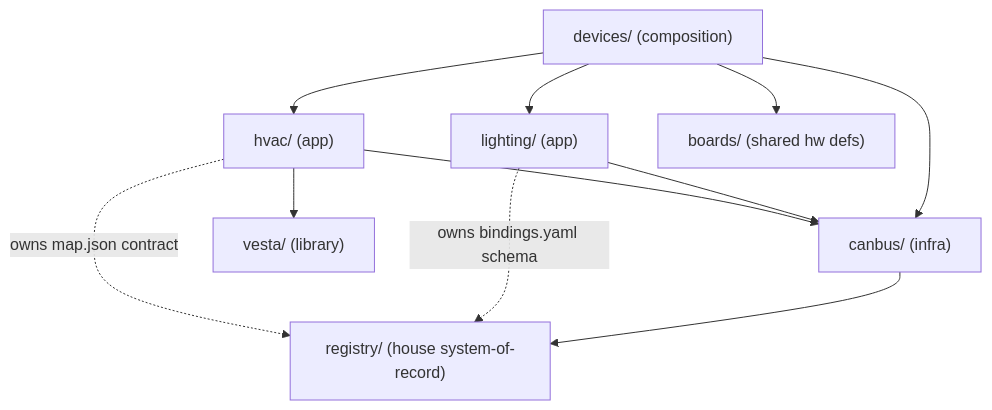
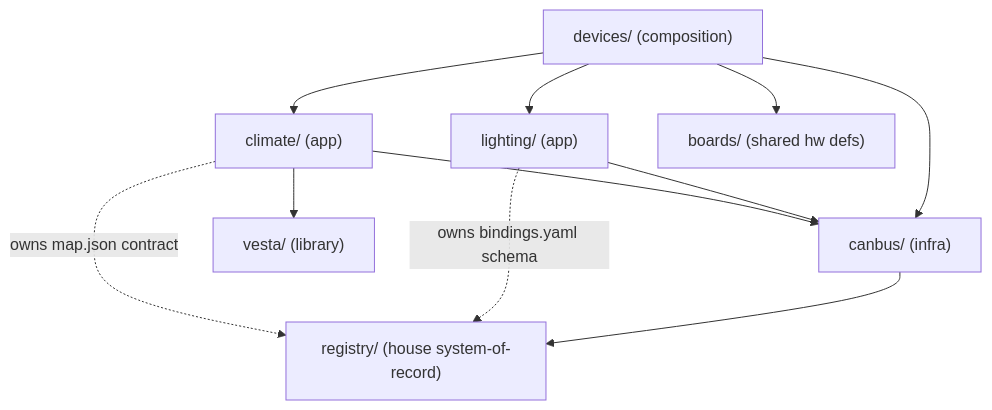
Before and after one commit to afmotta/esphome-devices: the diagram in _bmad-output/planning-artifacts/architecture/architecture-esphome-devices-2026-07-05/ARCHITECTURE-SPINE.md, drawn with Mermaid. The commit also changed other lines of this file and 96 other files, not shown here.

Commit message:
Rename hvac system to climate

````diff
--- a/_bmad-output/planning-artifacts/architecture/architecture-esphome-devices-2026-07-05/ARCHITECTURE-SPINE.md
+++ b/_bmad-output/planning-artifacts/architecture/architecture-esphome-devices-2026-07-05/ARCHITECTURE-SPINE.md
@@ -27,13 +27,13 @@
 ```mermaid
 graph TD
   DEV["devices/ (composition)"] --> LIGHT["lighting/ (app)"]
-  DEV --> HVAC["hvac/ (app)"]
+  DEV --> CLIMATE["climate/ (app)"]
   DEV --> CAN["canbus/ (infra)"]
   DEV --> BOARDS["boards/ (shared hw defs)"]
   LIGHT --> CAN
-  HVAC --> CAN
-  HVAC --> VESTA["vesta/ (library)"]
+  CLIMATE --> CAN
+  CLIMATE --> VESTA["vesta/ (library)"]
   CAN --> REG["registry/ (house system-of-record)"]
   LIGHT -."owns bindings.yaml schema".-> REG
-  HVAC -."owns map.json contract".-> REG
+  CLIMATE -."owns map.json contract".-> REG
 ```
````
